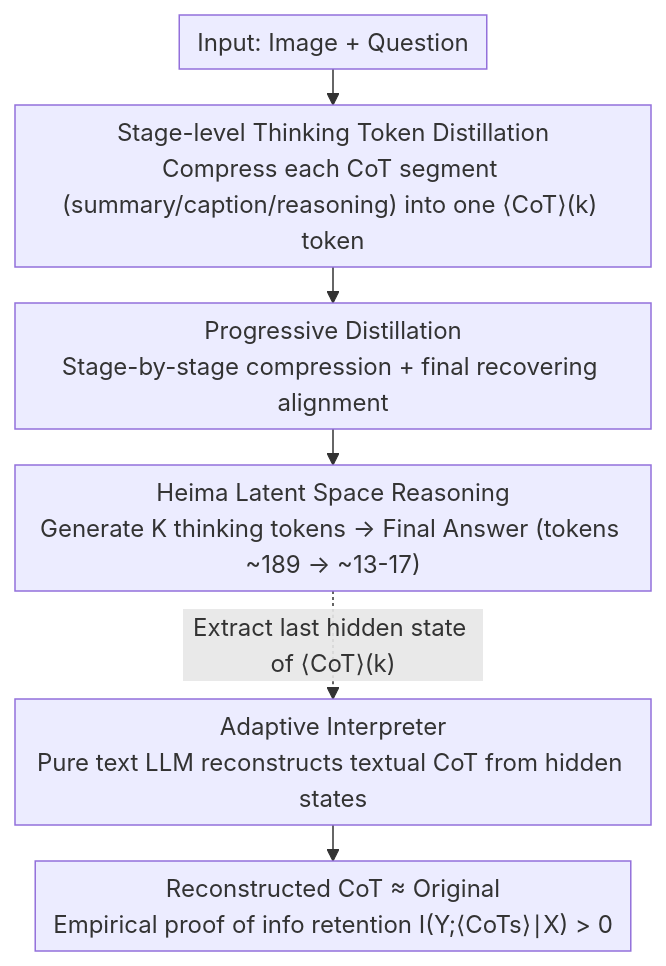
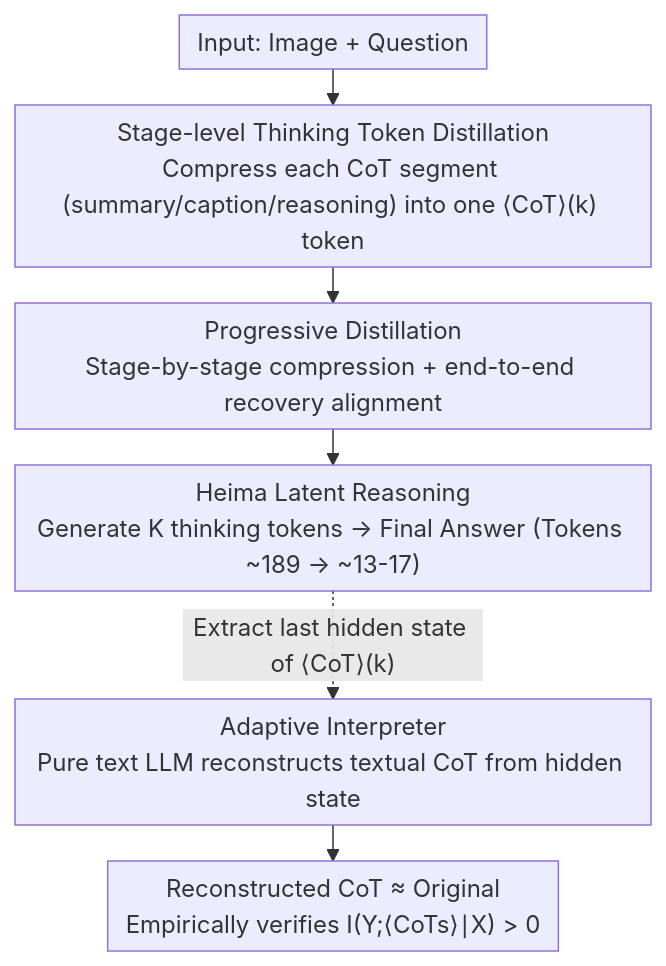
One commit to zhaoyang97/Paper-Notes-en changed the diagram in docs/ICML2026/vlm_reasoning/efficient_reasoning_with_hidden_thinking.md. Above: the diagram before and after it, drawn with Mermaid. The commit also changed other lines of this file and 5084 other files, not shown here.

````diff
--- a/docs/ICML2026/vlm_reasoning/efficient_reasoning_with_hidden_thinking.md
+++ b/docs/ICML2026/vlm_reasoning/efficient_reasoning_with_hidden_thinking.md
@@ -51,9 +51,9 @@
 ```mermaid
 %%{init: {'flowchart': {'rankSpacing': 24, 'nodeSpacing': 28, 'padding': 6, 'wrappingWidth': 400}}}%%
 flowchart TD
     A["Input: Image + Question"] --> B["Stage-level Thinking Token Distillation<br/>Compress each CoT segment (summary/caption/reasoning) into one ⟨CoT⟩(k) token"]
-    B --> C["Progressive Distillation<br/>Stage-by-stage compression + final recovering alignment"]
-    C --> D["Heima Latent Space Reasoning<br/>Generate K thinking tokens → Final Answer (tokens ~189 → ~13-17)"]
-    D -.->|"Extract last hidden state of ⟨CoT⟩(k)"| E["Adaptive Interpreter<br/>Pure text LLM reconstructs textual CoT from hidden states"]
-    E --> F["Reconstructed CoT ≈ Original<br/>Empirical proof of info retention I(Y;⟨CoTs⟩∣X) > 0"]
+    B --> C["Progressive Distillation<br/>Stage-by-stage compression + end-to-end recovery alignment"]
+    C --> D["Heima Latent Reasoning<br/>Generate K thinking tokens → Final Answer (Tokens ~189 → ~13-17)"]
+    D -.->|"Extract last hidden state of ⟨CoT⟩(k)"| E["Adaptive Interpreter<br/>Pure text LLM reconstructs textual CoT from hidden state"]
+    E --> F["Reconstructed CoT ≈ Original<br/>Empirically verifies I(Y;⟨CoTs⟩∣X) > 0"]
 ```
````
